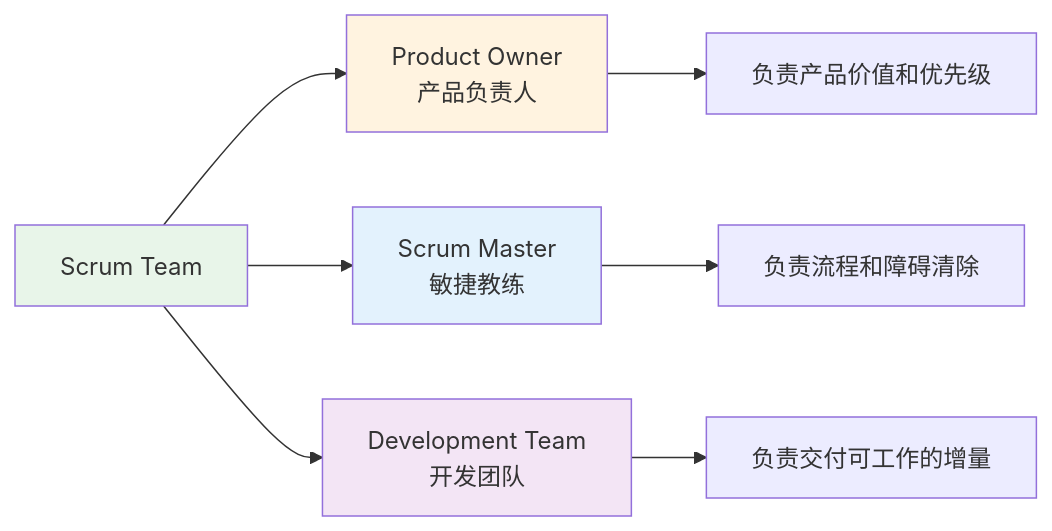
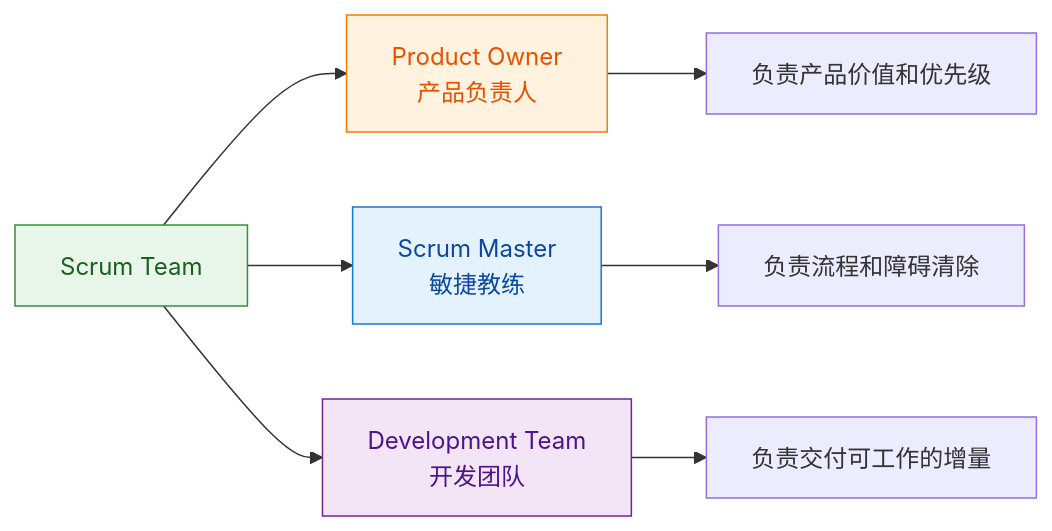
One commit to FreezeSoul/freezesoul.github.com changed the second of 4 diagrams in _posts/2013-03-22-agile-scrum.md. Above: the diagram before and after it, drawn with Mermaid. The commit also changed other lines of this file and 9 other files, not shown here.

Commit message:
修正mermaid配色与要求

````diff
--- a/_posts/2013-03-22-agile-scrum.md
+++ b/_posts/2013-03-22-agile-scrum.md
@@ -68,15 +68,15 @@
 ```mermaid
 graph LR
     A[Scrum Team] --> B[Product Owner<br/>产品负责人]
     A --> C[Scrum Master<br/>敏捷教练]
     A --> D[Development Team<br/>开发团队]
 
     B --> E[负责产品价值和优先级]
     C --> F[负责流程和障碍清除]
     D --> G[负责交付可工作的增量]
 
-    style A fill:#e8f5e9
-    style B fill:#fff3e0
-    style C fill:#e3f2fd
-    style D fill:#f3e5f5
+    style A fill:#e8f5e9,stroke:#388e3c,color:#1b5e20
+    style B fill:#fff3e0,stroke:#f57c00,color:#e65100
+    style C fill:#e3f2fd,stroke:#1976d2,color:#0d47a1
+    style D fill:#f3e5f5,stroke:#7b1fa2,color:#4a148c
 ```
````
